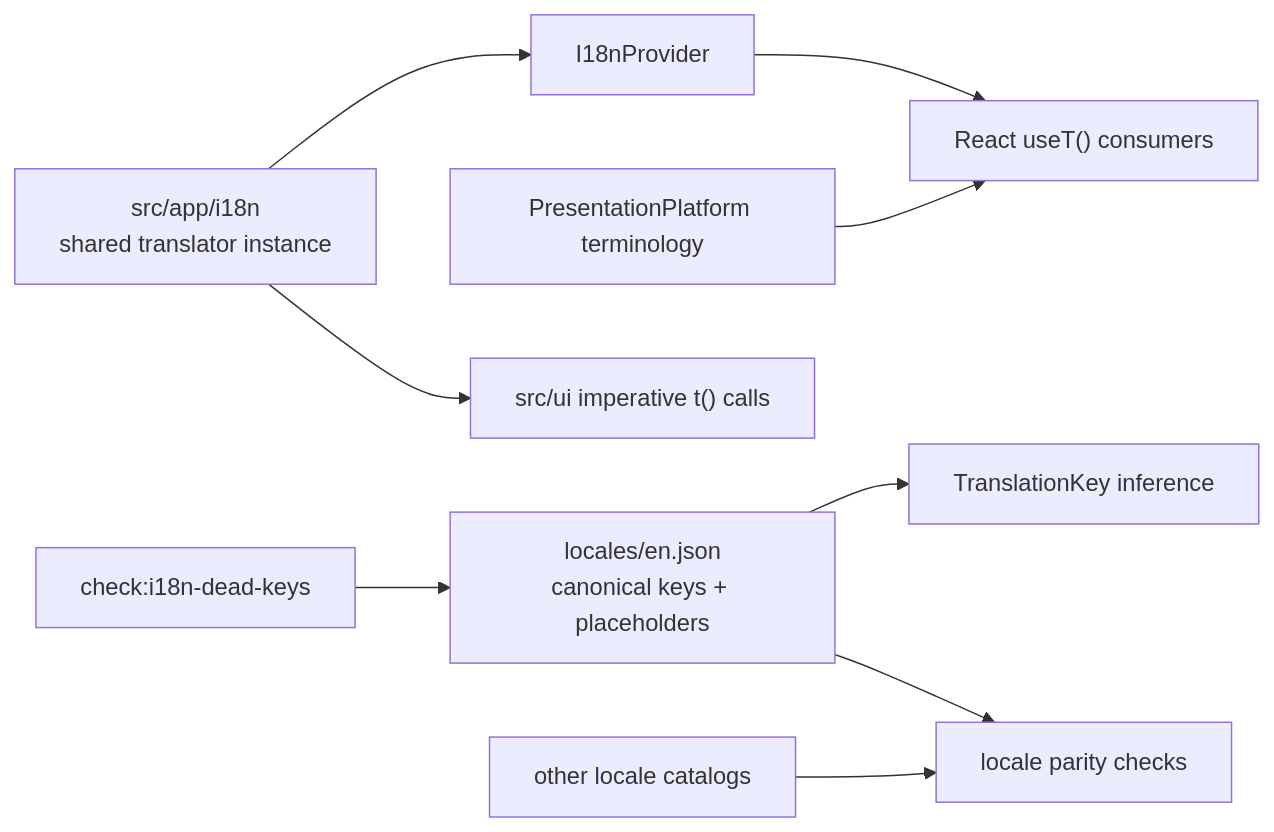
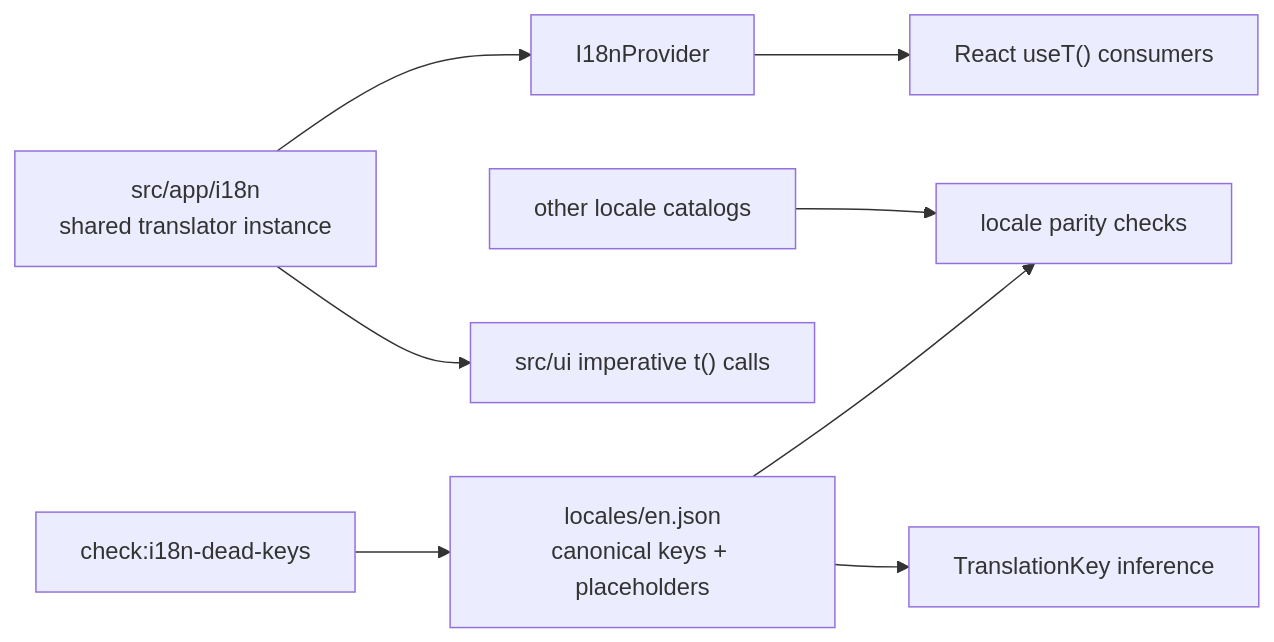
Before and after one commit to shuuul/obsidian-pivi: the diagram in packages/pivi-react/src/i18n/AGENTS.md, drawn with Mermaid. The commit also changed other lines of this file and 328 other files, not shown here.

````diff
--- a/packages/pivi-react/src/i18n/AGENTS.md
+++ b/packages/pivi-react/src/i18n/AGENTS.md
@@ -9,11 +9,10 @@
 ```mermaid
 flowchart LR
   English["locales/en.json<br/>canonical keys + placeholders"] --> Types["TranslationKey inference"]
   English --> Parity["locale parity checks"]
   Locales["other locale catalogs"] --> Parity
   App["src/app/i18n<br/>shared translator instance"] --> Imperative["src/ui imperative t() calls"]
   App --> Provider["I18nProvider"]
   Provider --> React["React useT() consumers"]
-  Platform["PresentationPlatform terminology"] --> React
   DeadKeys["check:i18n-dead-keys"] --> English
 ```
````
